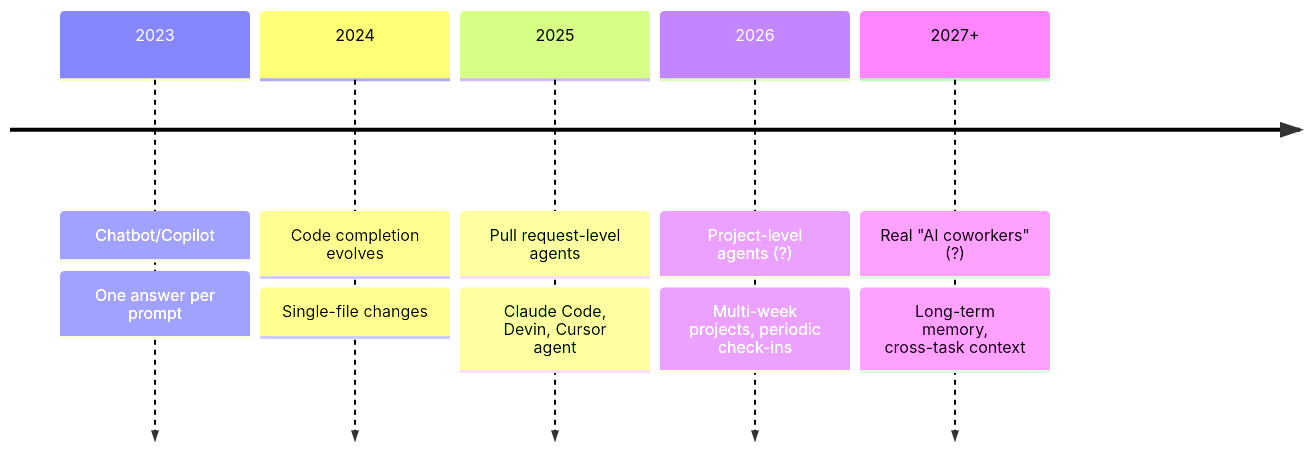
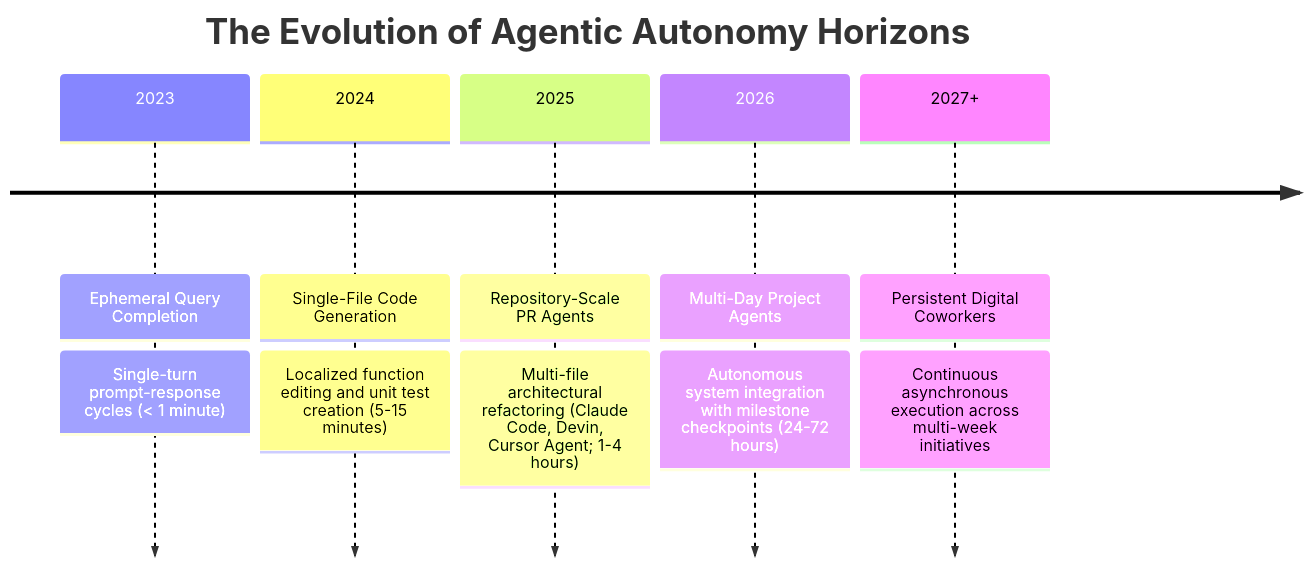
One commit to yingwang/thinking-in-llm changed the sixth of 9 diagrams in en/chapters/15-future.md. Above: the diagram before and after it, drawn with Mermaid. The commit also changed other lines of this file and 31 other files, not shown here.

````diff
--- a/en/chapters/15-future.md
+++ b/en/chapters/15-future.md
@@ -267,13 +170,9 @@
 ```mermaid
 timeline
-    2023 : Chatbot/Copilot
-         : One answer per prompt
-    2024 : Code completion evolves
-         : Single-file changes
-    2025 : Pull request-level agents
-         : Claude Code, Devin, Cursor agent
-    2026 : Project-level agents (?)
-         : Multi-week projects, periodic check-ins
-    2027+ : Real "AI coworkers" (?)
-          : Long-term memory, cross-task context
+    title The Evolution of Agentic Autonomy Horizons
+    2023 : Ephemeral Query Completion : Single-turn prompt-response cycles (< 1 minute)
+    2024 : Single-File Code Generation : Localized function editing and unit test creation (5-15 minutes)
+    2025 : Repository-Scale PR Agents : Multi-file architectural refactoring (Claude Code, Devin, Cursor Agent; 1-4 hours)
+    2026 : Multi-Day Project Agents : Autonomous system integration with milestone checkpoints (24-72 hours)
+    2027+ : Persistent Digital Coworkers : Continuous asynchronous execution across multi-week initiatives
 ```
````
